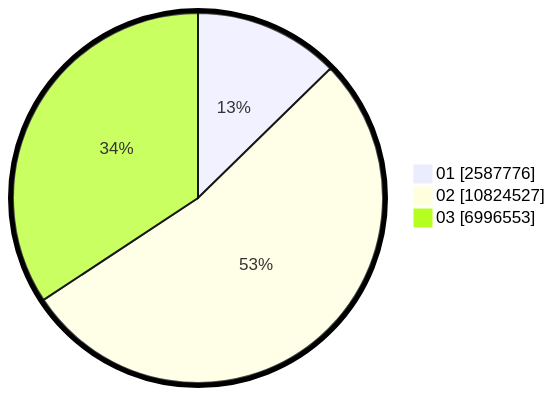
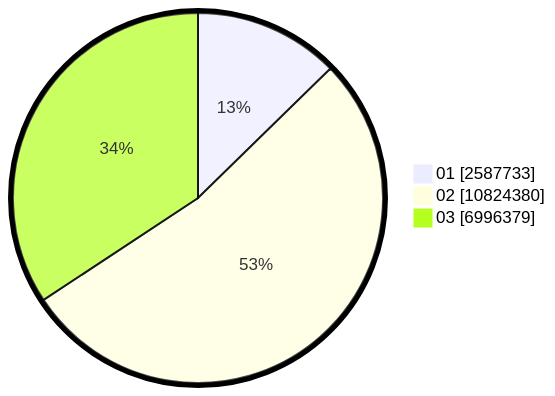
The second of 2 diagrams in pilpres/hitung-suara/sub/table-wilayah-33.md (gigit-pemilu/pemilu-2024), drawn with Mermaid before and after one commit. The commit also changed other lines of this file and 9 other files, not shown here.

````diff
--- a/pilpres/hitung-suara/sub/table-wilayah-33.md
+++ b/pilpres/hitung-suara/sub/table-wilayah-33.md
@@ -15,7 +15,7 @@
 ```mermaid
 %%{init: {"pie": {"textPosition": 0.5}, "themeVariables": {"pieOuterStrokeWidth": "5px"}} }%%
 pie showData
-    "01" : 2587776
-    "02" : 10824527
-    "03" : 6996553
+    "01" : 2587733
+    "02" : 10824380
+    "03" : 6996379
 ```
````
